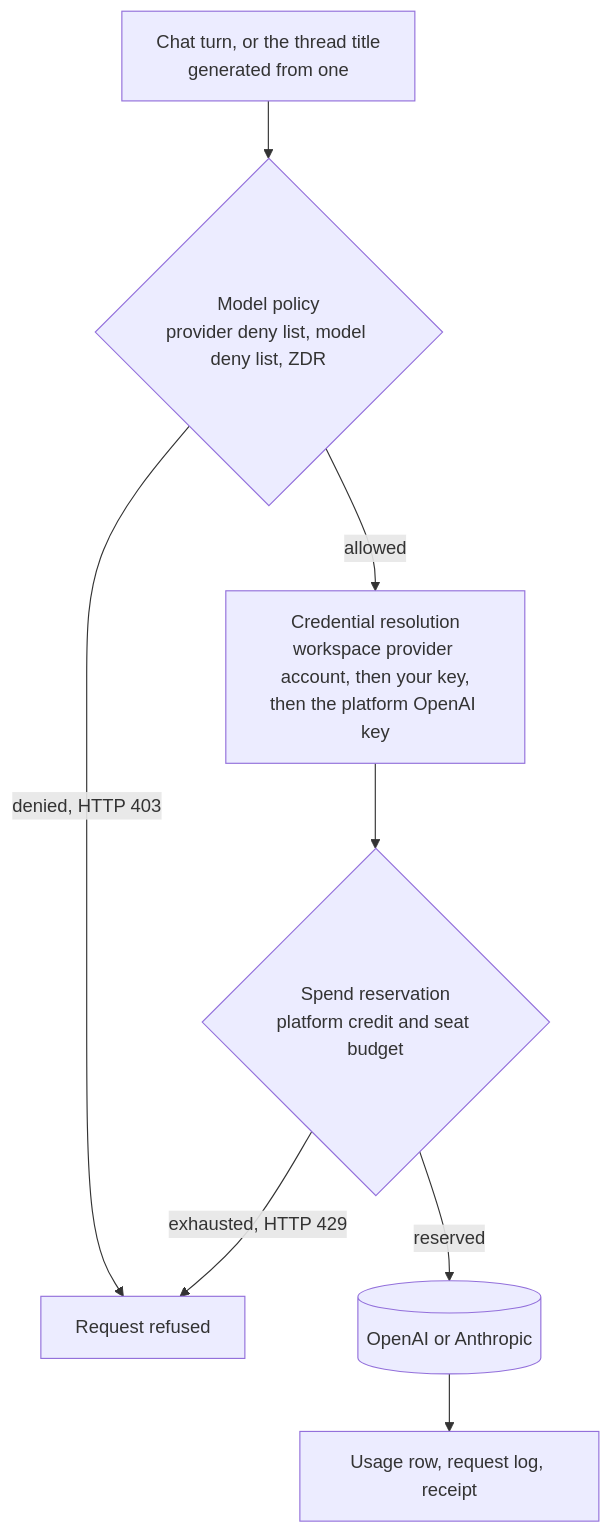
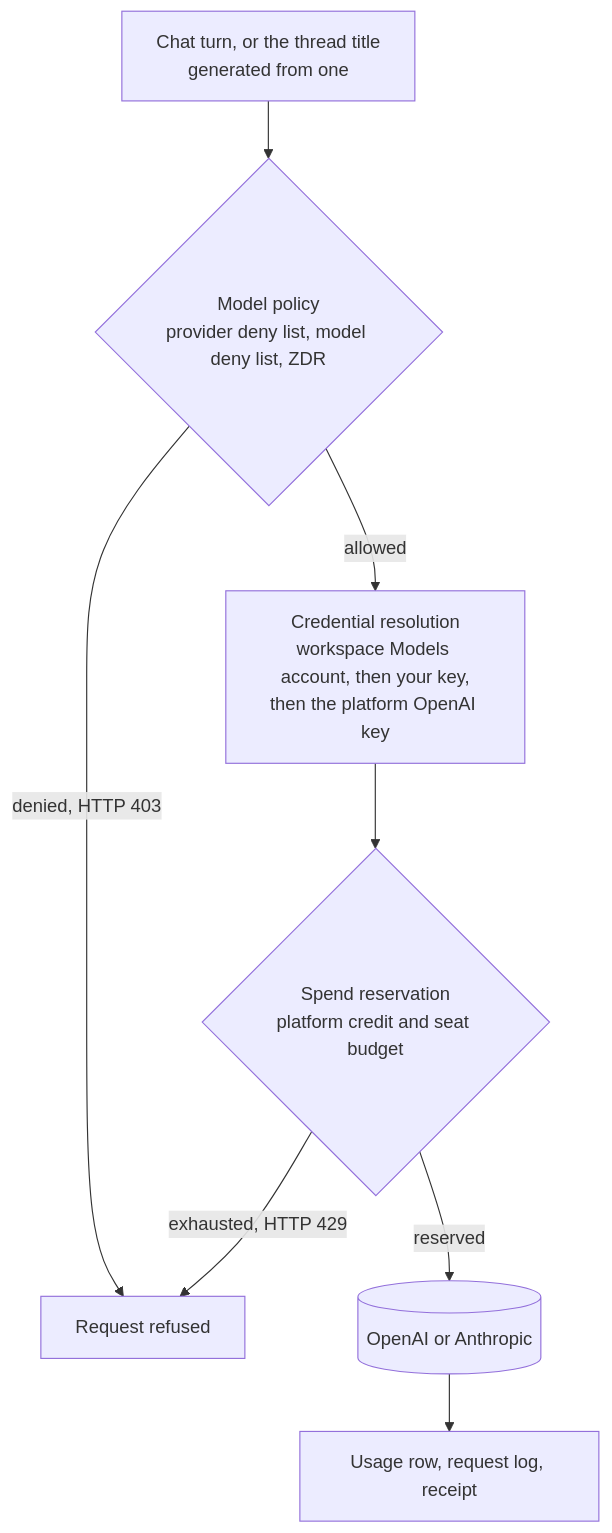
One commit to kentronai/kentronai-docs changed the diagram in llm-gateway/overview.mdx. Above: the diagram before and after it, drawn with Mermaid. The commit also changed other lines of this file and 126 other files, not shown here.

````diff
--- a/llm-gateway/overview.mdx
+++ b/llm-gateway/overview.mdx
@@ -49,18 +53,18 @@
 ```mermaid
 flowchart TB
   Req[Chat turn, or the thread title<br/>generated from one]
   Policy{Model policy<br/>provider deny list, model deny list, ZDR}
-  Cred[Credential resolution<br/>workspace provider account, then your key,<br/>then the platform OpenAI key]
+  Cred[Credential resolution<br/>workspace Models account, then your key,<br/>then the platform OpenAI key]
   Budget{Spend reservation<br/>platform credit and seat budget}
   Provider[(OpenAI or Anthropic)]
   Records[Usage row, request log, receipt]
   Stop[Request refused]
 
   Req --> Policy
   Policy -- denied, HTTP 403 --> Stop
   Policy -- allowed --> Cred
   Cred --> Budget
   Budget -- exhausted, HTTP 429 --> Stop
   Budget -- reserved --> Provider
   Provider --> Records
 ```
````
